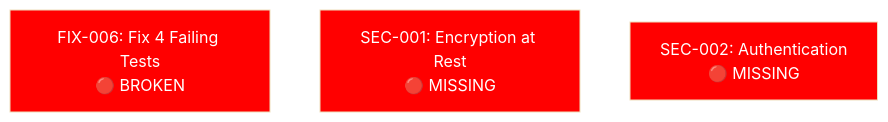
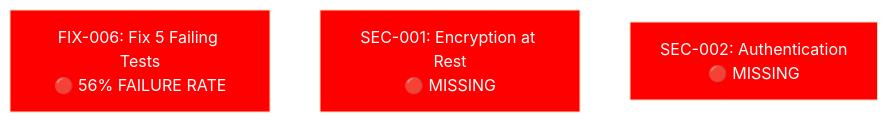
One commit to garysomerhalder/langgraph-python-to-rust-conversion changed the first of 3 diagrams in tasks/DEPENDENCY_GRAPH.md. Above: the diagram before and after it, drawn with Mermaid (base theme). The commit also changed other lines of this file and 2 other files, not shown here.

````diff
--- a/tasks/DEPENDENCY_GRAPH.md
+++ b/tasks/DEPENDENCY_GRAPH.md
@@ -8,10 +9,10 @@
 ```mermaid
 graph TD
-    FIX006[FIX-006: Fix 4 Failing Tests<br/>🔴 BROKEN]
+    FIX006[FIX-006: Fix 5 Failing Tests<br/>🔴 56% FAILURE RATE]
     SEC001[SEC-001: Encryption at Rest<br/>🔴 MISSING]
     SEC002[SEC-002: Authentication<br/>🔴 MISSING]
 
     style FIX006 fill:#ff0000,color:#fff
     style SEC001 fill:#ff0000,color:#fff
     style SEC002 fill:#ff0000,color:#fff
 ```
````
